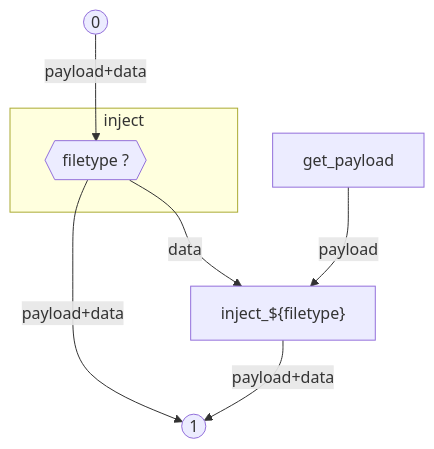
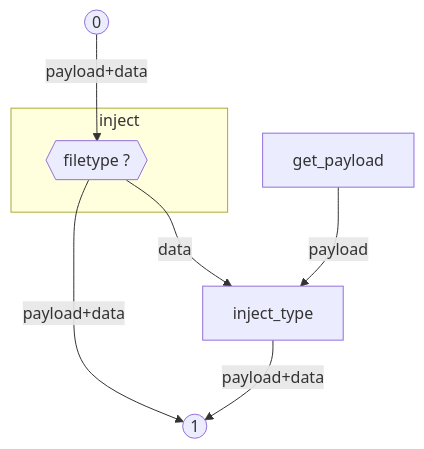
Before and after one commit to tibolpol/sealgood: the fifth of 12 diagrams in docs/fr/sealgood.md, drawn with Mermaid. The commit also changed other lines of this file and 5 other files, not shown here.

````diff
--- a/docs/fr/sealgood.md
+++ b/docs/fr/sealgood.md
@@ -409,15 +401,16 @@
 ```mermaid
 flowchart TB
 l0((0)) -->|payload+data| lookup{{filetype ?}}
 get_payload -->|payload| inject_type
 subgraph inject
   lookup
 end
 lookup -->|payload+data| l1
-lookup -->|data| inject_type["inject_${filetype}"]
+lookup -->|data| inject_type["inject_type"]
 inject_type -->|payload+data| l1((1))
 click lookup "filetypes.md#lookup"
+click inject_type "filetypes.md#inject_type"
 click sign "sealgood.md#sign"
 click get_payload "sealgood.md#get_payload"
 click inject_type "filetypes.md#inject_type"
 ```
````
